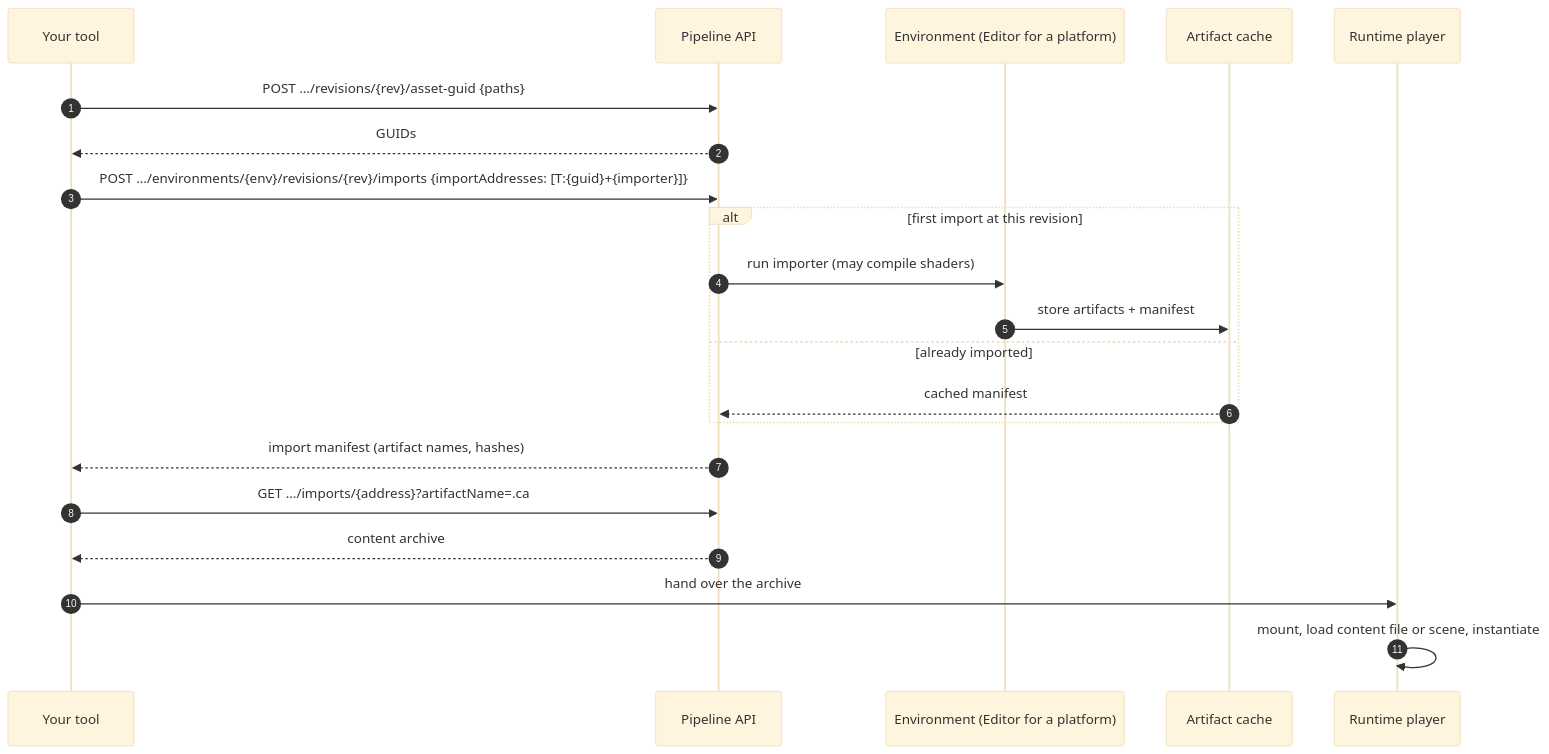
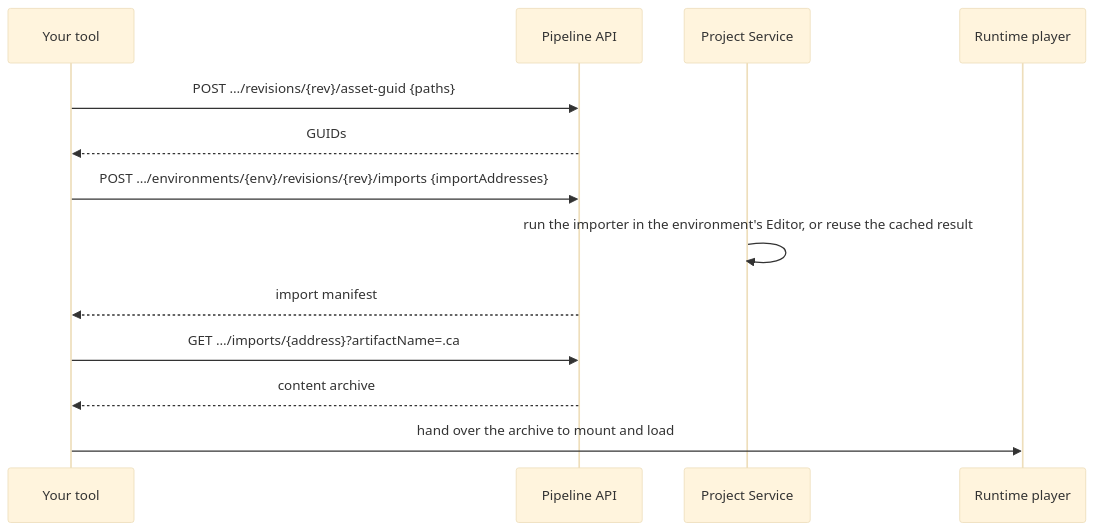
One commit to davidmenardunity/unity_pipeline_sept26_test changed the second of 3 diagrams in docs/architecture.md. Above: the diagram before and after it, drawn with Mermaid (base theme). The commit also changed other lines of this file and 1 other file, not shown here.

First line of the commit message:
Docs: simpler architecture overview and one diagram per flow

````diff
--- a/docs/architecture.md
+++ b/docs/architecture.md
@@ -93,24 +41,16 @@
 ```mermaid
 sequenceDiagram
-    autonumber
     participant T as Your tool
     participant API as Pipeline API
-    participant E as Environment (Editor for a platform)
-    participant A as Artifact cache
+    participant PS as Project Service
     participant P as Runtime player
 
     T->>API: POST …/revisions/{rev}/asset-guid {paths}
     API-->>T: GUIDs
-    T->>API: POST …/environments/{env}/revisions/{rev}/imports {importAddresses: [T:{guid}+{importer}]}
-    alt first import at this revision
-        API->>E: run importer (may compile shaders)
-        E->>A: store artifacts + manifest
-    else already imported
-        A-->>API: cached manifest
-    end
-    API-->>T: import manifest (artifact names, hashes)
+    T->>API: POST …/environments/{env}/revisions/{rev}/imports {importAddresses}
+    PS->>PS: run the importer in the environment's Editor, or reuse the cached result
+    API-->>T: import manifest
     T->>API: GET …/imports/{address}?artifactName=.ca
     API-->>T: content archive
-    T->>P: hand over the archive
-    P->>P: mount, load content file or scene, instantiate
+    T->>P: hand over the archive to mount and load
 ```
````
